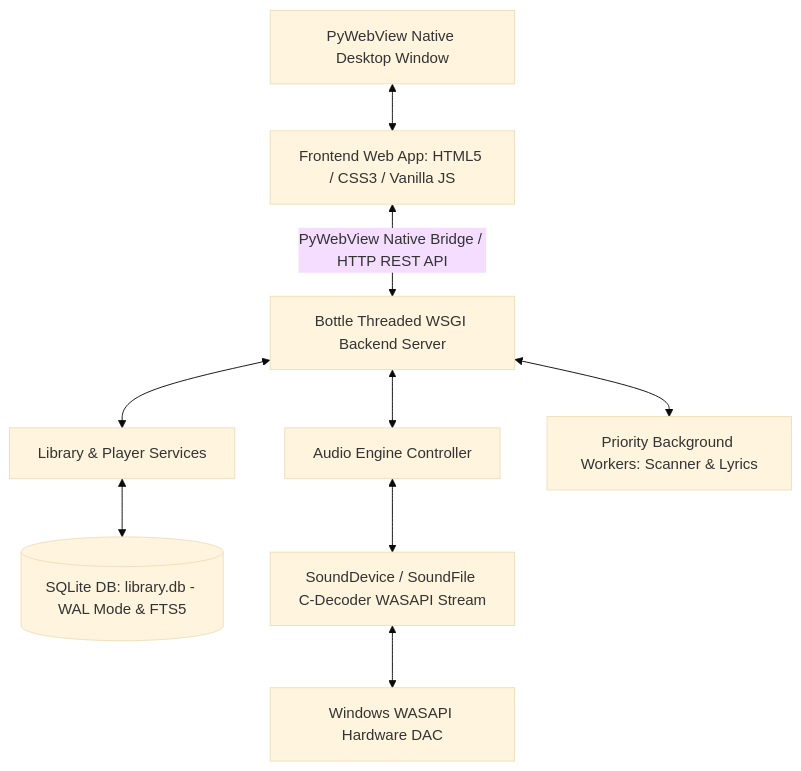
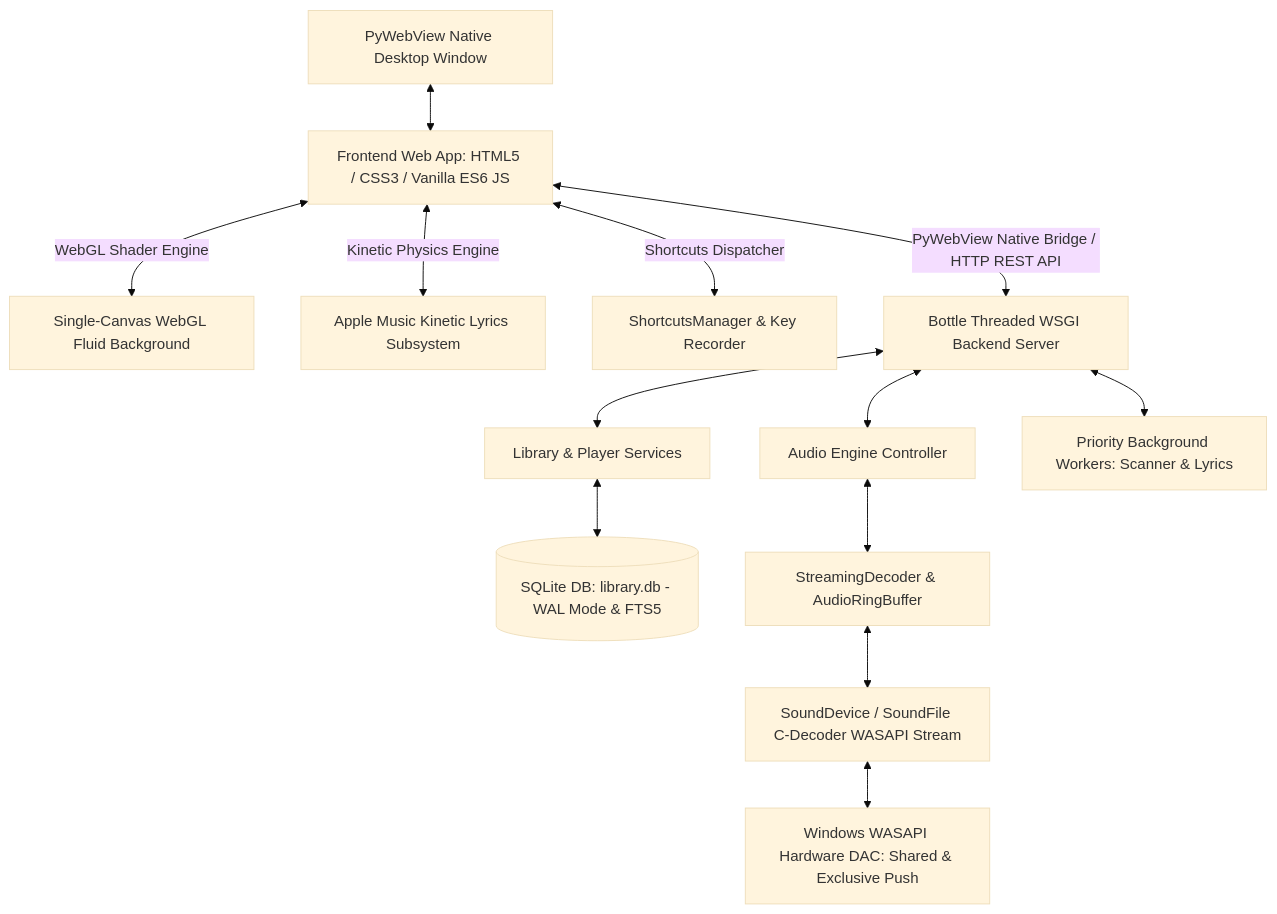
One commit to zenny126/ZFPlayer changed the diagram in architect.md. Above: the diagram before and after it, drawn with Mermaid (base theme). The commit also changed other lines of this file and 5 other files, not shown here.

Commit message:
feat(lyrics): isolate keyboard shortcuts during cinema idle & update architecture specifications

````diff
--- a/architect.md
+++ b/architect.md
@@ -11,11 +11,15 @@
 ```mermaid
 graph TD
-    A[PyWebView Native Desktop Window] <--> B[Frontend Web App: HTML5 / CSS3 / Vanilla JS]
+    A[PyWebView Native Desktop Window] <--> B[Frontend Web App: HTML5 / CSS3 / Vanilla ES6 JS]
+    B <-->|WebGL Shader Engine| W[Single-Canvas WebGL Fluid Background]
+    B <-->|Kinetic Physics Engine| L[Apple Music Kinetic Lyrics Subsystem]
+    B <-->|Shortcuts Dispatcher| S[ShortcutsManager & Key Recorder]
     B <-->|PyWebView Native Bridge / HTTP REST API| C[Bottle Threaded WSGI Backend Server]
     C <--> D[Library & Player Services]
     C <--> E[Audio Engine Controller]
     D <--> F[(SQLite DB: library.db - WAL Mode & FTS5)]
-    E <--> G[SoundDevice / SoundFile C-Decoder WASAPI Stream]
-    G <--> H[Windows WASAPI Hardware DAC]
-    C <--> I[Priority Background Workers: Scanner & Lyrics]
+    E <--> G[StreamingDecoder & AudioRingBuffer]
+    G <--> H[SoundDevice / SoundFile C-Decoder WASAPI Stream]
+    H <--> I[Windows WASAPI Hardware DAC: Shared & Exclusive Push]
+    C <--> K[Priority Background Workers: Scanner & Lyrics]
 ```
````
